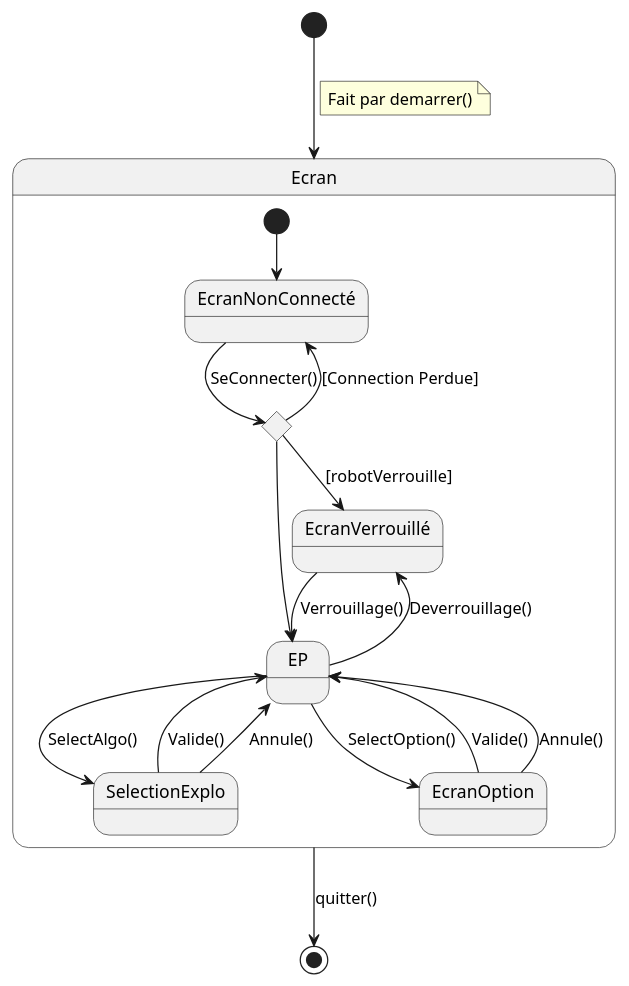
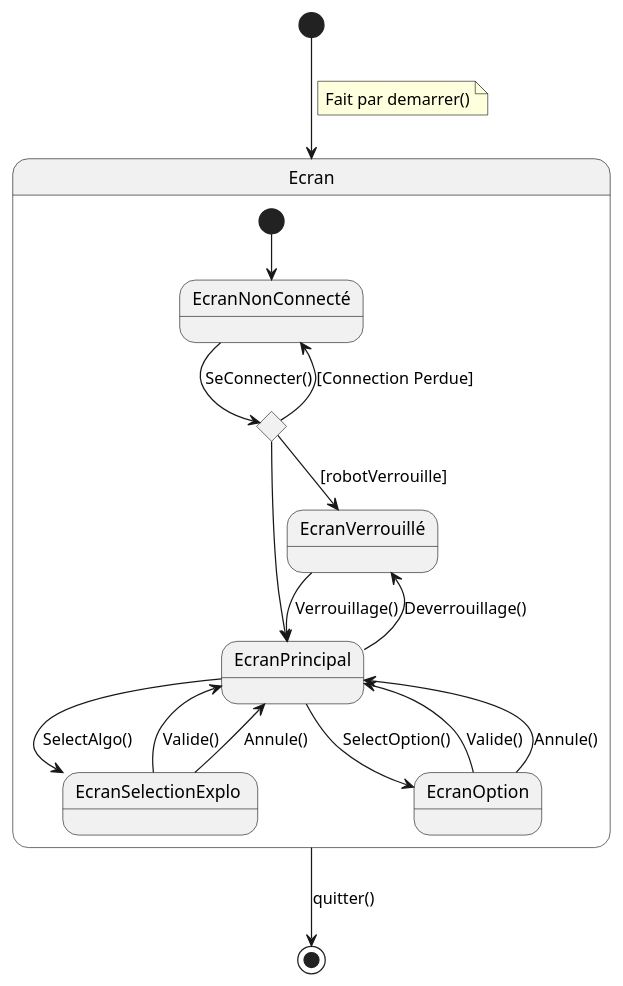
Before and after one commit to Larson-09/PATO_Project: the diagram in Diagrammes UML/3.1.3 - Les écrans/3.1.3 - Diagramme IHM.puml, drawn with PlantUML.

Commit message:
Update 3.1.3 - Diagramme IHM.puml

```diff
--- a/Diagrammes UML/3.1.3 - Les écrans/3.1.3 - Diagramme IHM.puml
+++ b/Diagrammes UML/3.1.3 - Les écrans/3.1.3 - Diagramme IHM.puml
@@ -1,34 +1,32 @@
 @startuml
-
 [*] --> Ecran
 note on link
     Fait par demarrer()
 end note
 state Ecran {
     state "EcranNonConnecté" as EcranNonConnecté
-    state "EP" as EP
+    state "EcranPrincipal" as EcranPrincipal
     state "EcranVerrouillé" as EcranVerrouillé
-    state "SelectionExplo" as SelectionExplo
+    state "EcranSelectionExplo " as EcranSelectionExplo 
      state "EcranOption" as EcranOption
 
     state c <<choice>>
 
     [*] --> EcranNonConnecté
     EcranNonConnecté --> c : SeConnecter()
 
     c --> EcranNonConnecté : [Connection Perdue]
-    c --> EP
+    c --> EcranPrincipal
     c --> EcranVerrouillé : [robotVerrouille]
-    EcranVerrouillé --> EP: Verrouillage()
-    EP --> EcranVerrouillé :Deverrouillage()
-    EP --> SelectionExplo : SelectAlgo()
-    SelectionExplo --> EP : Valide()
-    SelectionExplo --> EP : Annule()
-    EP --> EcranOption :SelectOption()
-    EcranOption --> EP :Valide()
-    EcranOption --> EP :Annule()
+    EcranVerrouillé --> EcranPrincipal: Verrouillage()
+    EcranPrincipal--> EcranVerrouillé :Deverrouillage()
+    EcranPrincipal--> EcranSelectionExplo : SelectAlgo()
+    EcranSelectionExplo --> EcranPrincipal: Valide()
+    EcranSelectionExplo --> EcranPrincipal: Annule()
+    EcranPrincipal--> EcranOption :SelectOption()
+    EcranOption --> EcranPrincipal:Valide()
+    EcranOption --> EcranPrincipal:Annule()
 }
 
 Ecran --> [*] : quitter()
-
 @enduml
```
